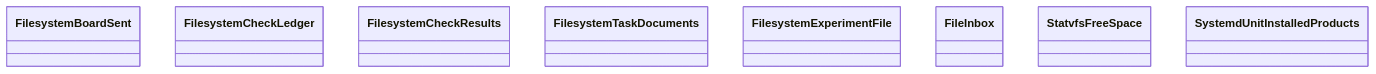
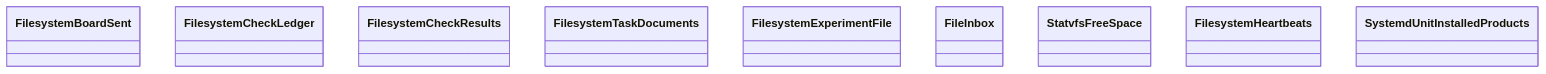
One commit to GonzaloZevallos/agentic-system changed the diagram in docs/architecture/generated/classes-process-adapters-filesystem-1.md. Above: the diagram before and after it, drawn with Mermaid. The commit also changed 24 other files, not shown here.

````diff
--- a/docs/architecture/generated/classes-process-adapters-filesystem-1.md
+++ b/docs/architecture/generated/classes-process-adapters-filesystem-1.md
@@ -12,11 +12,12 @@
 ```mermaid
 classDiagram
     class filesystem__board_sent__FilesystemBoardSent["FilesystemBoardSent"]
     class filesystem__check_ledger__FilesystemCheckLedger["FilesystemCheckLedger"]
     class filesystem__check_results__FilesystemCheckResults["FilesystemCheckResults"]
     class filesystem__documents__FilesystemTaskDocuments["FilesystemTaskDocuments"]
     class filesystem__experiment_file__FilesystemExperimentFile["FilesystemExperimentFile"]
     class filesystem__file_inbox__FileInbox["FileInbox"]
     class filesystem__free_space__StatvfsFreeSpace["StatvfsFreeSpace"]
+    class filesystem__heartbeats__FilesystemHeartbeats["FilesystemHeartbeats"]
     class filesystem__installed_products__SystemdUnitInstalledProducts["SystemdUnitInstalledProducts"]
 ```
````
